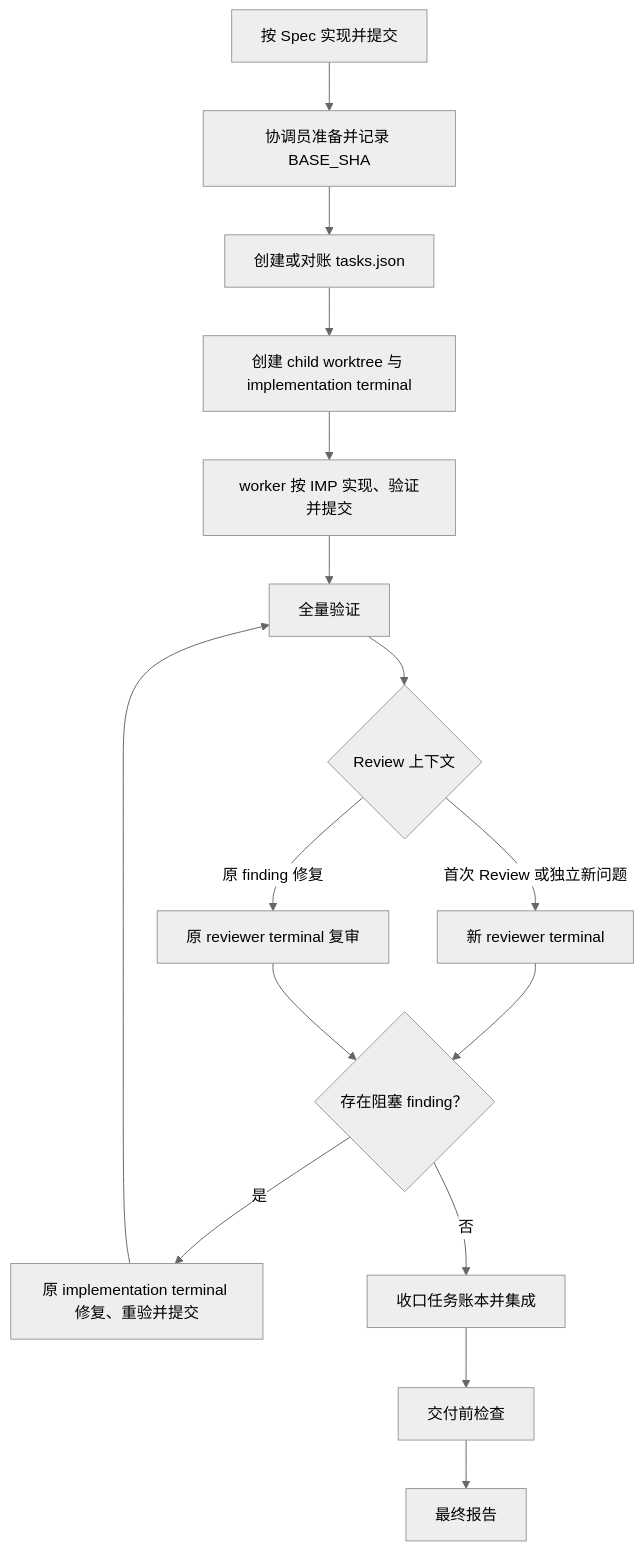
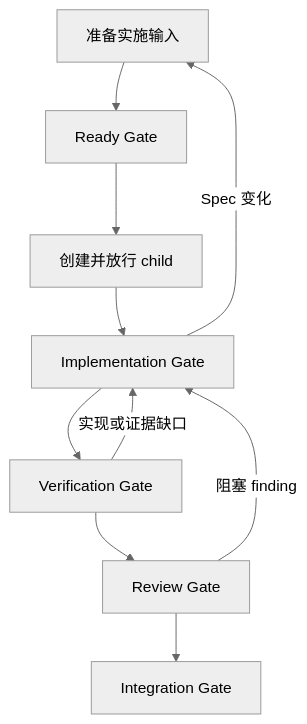
One commit to hanjeahwan/chatgpt-pro changed the diagram in WORKFLOW.md. Above: the diagram before and after it, drawn with Mermaid (neutral theme). The commit also changed other lines of this file and 7 other files, not shown here.

````diff
--- a/WORKFLOW.md
+++ b/WORKFLOW.md
@@ -5,18 +5,12 @@
 ```mermaid
 flowchart TD
-    A["按 Spec 实现并提交"] --> B["协调员准备并记录 BASE_SHA"]
-    B --> C["创建或对账 tasks.json"]
-    C --> D["创建 child worktree 与 implementation terminal"]
-    D --> E["worker 按 IMP 实现、验证并提交"]
-    E --> F["全量验证"]
-    F --> G{"Review 上下文"}
-    G -- "首次 Review 或独立新问题" --> H["新 reviewer terminal"]
-    G -- "原 finding 修复" --> I["原 reviewer terminal 复审"]
-    H --> J{"存在阻塞 finding？"}
-    I --> J
-    J -- "是" --> K["原 implementation terminal 修复、重验并提交"]
-    K --> F
-    J -- "否" --> L["收口任务账本并集成"]
-    L --> M["交付前检查"]
-    M --> N["最终报告"]
+    A["准备实施输入"] --> B["Ready Gate"]
+    B --> C["创建并放行 child"]
+    C --> D["Implementation Gate"]
+    D --> E["Verification Gate"]
+    E --> F["Review Gate"]
+    F --> G["Integration Gate"]
+    D -- "Spec 变化" --> A
+    E -- "实现或证据缺口" --> D
+    F -- "阻塞 finding" --> D
 ```
````
